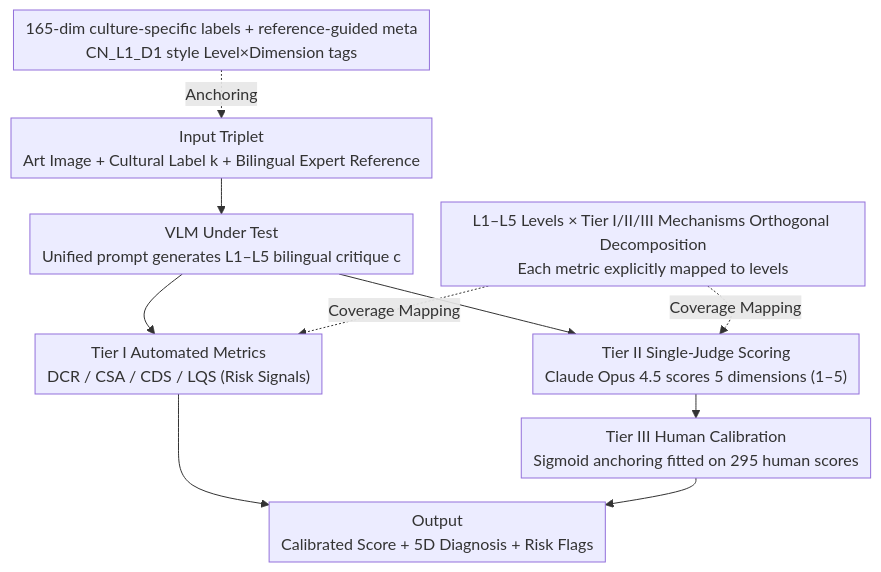
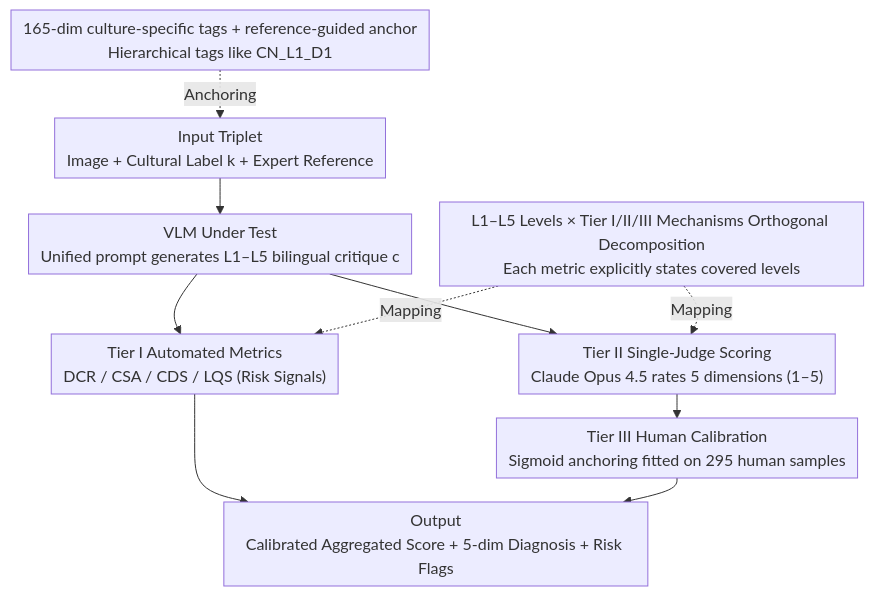
The diagram in docs/ACL2026/multimodal_vlm/cross-cultural_expert-level_art_critique_evaluation_with_vision-language_models.md (zhaoyang97/Paper-Notes-en), drawn with Mermaid before and after one commit. The commit also changed other lines of this file and 5084 other files, not shown here.

````diff
--- a/docs/ACL2026/multimodal_vlm/cross-cultural_expert-level_art_critique_evaluation_with_vision-language_models.md
+++ b/docs/ACL2026/multimodal_vlm/cross-cultural_expert-level_art_critique_evaluation_with_vision-language_models.md
@@ -51,13 +51,13 @@
 ```mermaid
 %%{init: {'flowchart': {'rankSpacing': 24, 'nodeSpacing': 28, 'padding': 6, 'wrappingWidth': 400}}}%%
 flowchart TD
-    A["Input Triplet<br/>Art Image + Cultural Label k + Bilingual Expert Reference"] --> B["VLM Under Test<br/>Unified prompt generates L1–L5 bilingual critique c"]
-    DATA["165-dim culture-specific labels + reference-guided meta<br/>CN_L1_D1 style Level×Dimension tags"] -.Anchoring.-> A
+    A["Input Triplet<br/>Image + Cultural Label k + Expert Reference"] --> B["VLM Under Test<br/>Unified prompt generates L1–L5 bilingual critique c"]
+    DATA["165-dim culture-specific tags + reference-guided anchor<br/>Hierarchical tags like CN_L1_D1"] -.Anchoring.-> A
     B --> T1["Tier I Automated Metrics<br/>DCR / CSA / CDS / LQS (Risk Signals)"]
-    B --> T2["Tier II Single-Judge Scoring<br/>Claude Opus 4.5 scores 5 dimensions (1–5)"]
-    T2 --> T3["Tier III Human Calibration<br/>Sigmoid anchoring fitted on 295 human scores"]
-    AXIS["L1–L5 Levels × Tier I/II/III Mechanisms Orthogonal Decomposition<br/>Each metric explicitly mapped to levels"] -.Coverage Mapping.-> T1
-    AXIS -.Coverage Mapping.-> T2
-    T1 --> OUT["Output<br/>Calibrated Score + 5D Diagnosis + Risk Flags"]
+    B --> T2["Tier II Single-Judge Scoring<br/>Claude Opus 4.5 rates 5 dimensions (1–5)"]
+    T2 --> T3["Tier III Human Calibration<br/>Sigmoid anchoring fitted on 295 human samples"]
+    AXIS["L1–L5 Levels × Tier I/II/III Mechanisms Orthogonal Decomposition<br/>Each metric explicitly states covered levels"] -.Mapping.-> T1
+    AXIS -.Mapping.-> T2
+    T1 --> OUT["Output<br/>Calibrated Aggregated Score + 5-dim Diagnosis + Risk Flags"]
     T3 --> OUT
 ```
````
